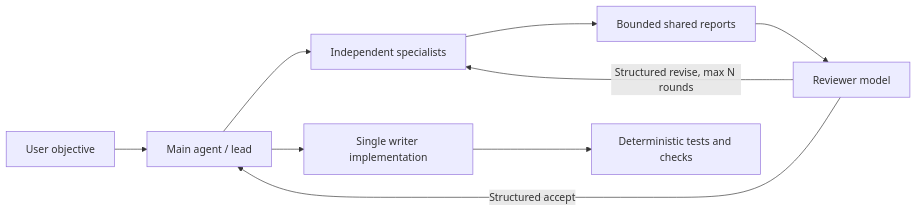
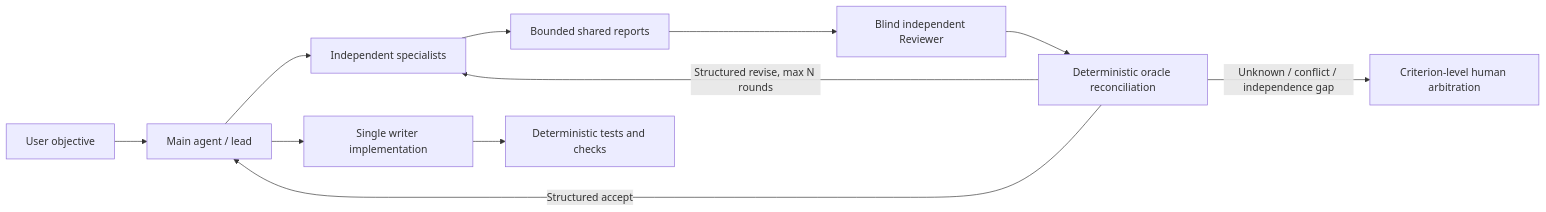
The diagram in docs/MULTI_MODEL_TEAMS.md (lixiang12345/skein), drawn with Mermaid before and after one commit. The commit also changed other lines of this file and 45 other files, not shown here.

Commit message:
feat(agent): add independent review arbitration

````diff
--- a/docs/MULTI_MODEL_TEAMS.md
+++ b/docs/MULTI_MODEL_TEAMS.md
@@ -67,11 +67,13 @@
 ```mermaid
 flowchart LR
     U["User objective"] --> L["Main agent / lead"]
     L --> A["Independent specialists"]
     A --> B["Bounded shared reports"]
-    B --> R["Reviewer model"]
-    R -->|"Structured accept"| L
-    R -->|"Structured revise, max N rounds"| A
+    B --> R["Blind independent Reviewer"]
+    R --> O["Deterministic oracle reconciliation"]
+    O -->|"Structured accept"| L
+    O -->|"Structured revise, max N rounds"| A
+    O -->|"Unknown / conflict / independence gap"| H["Criterion-level human arbitration"]
     L --> W["Single writer implementation"]
     W --> V["Deterministic tests and checks"]
 ```
````
